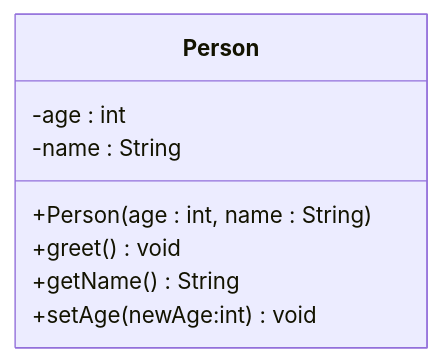
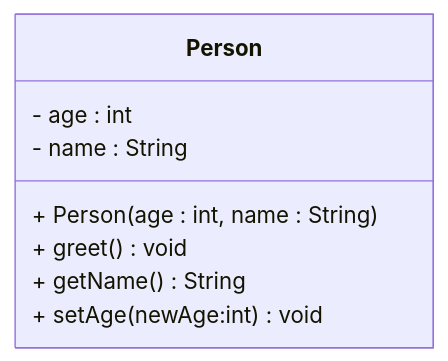
One commit to TroelsMortensen/Codelabs2 changed the diagram in Articles/UML Class Diagrams/001 Introduction.md. Above: the diagram before and after it, drawn with Mermaid. The commit also changed 12 other files, not shown here.

````diff
--- a/Articles/UML Class Diagrams/001 Introduction.md
+++ b/Articles/UML Class Diagrams/001 Introduction.md
@@ -24,11 +24,11 @@
 ```mermaid
 classDiagram
     class Person{
-        -age : int
-        -name : String
-        +Person(age : int, name : String)
-        +greet() void
-        +getName() String
-        +setAge(newAge:int) void
+        - age : int
+        - name : String
+        + Person(age : int, name : String)
+        + greet() void
+        + getName() String
+        + setAge(newAge:int) void
     }
 ```
````
